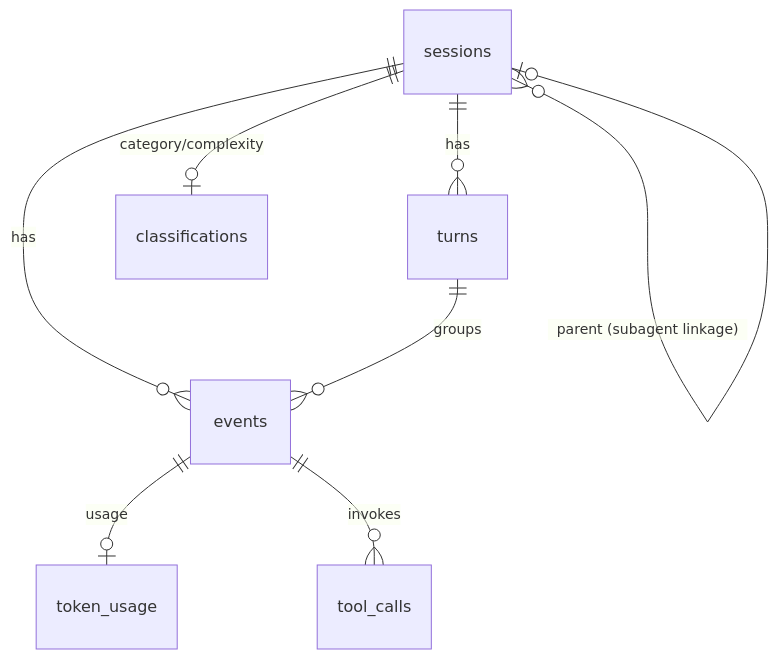
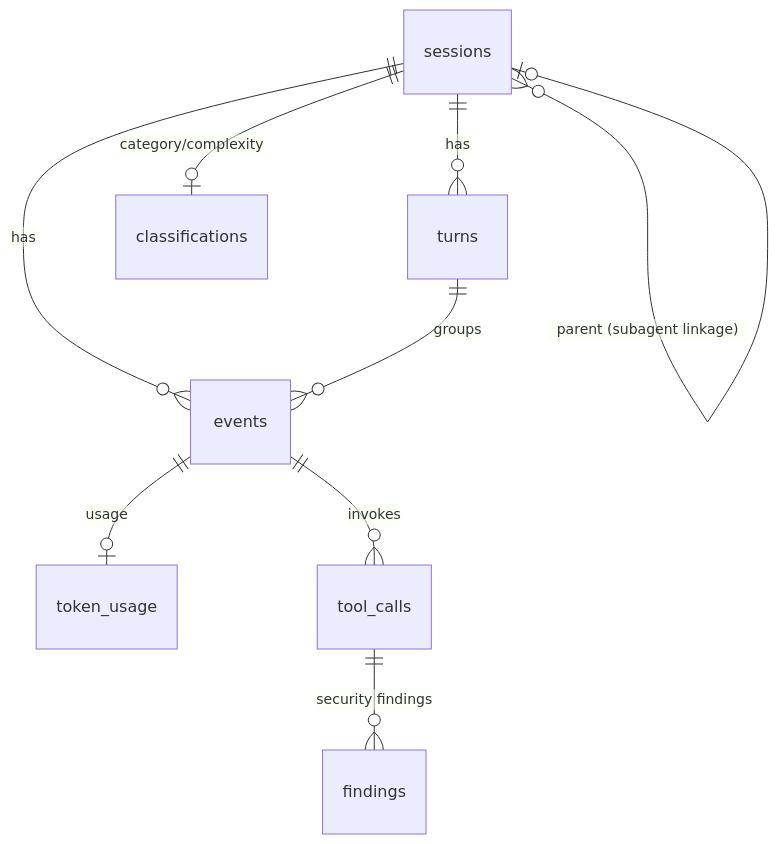
One commit to SWEStash/agent-lens changed the fourth of 4 diagrams in docs/ARCHITECTURE.md. Above: the diagram before and after it, drawn with Mermaid. The commit also changed other lines of this file and 42 other files, not shown here.

````diff
--- a/docs/ARCHITECTURE.md
+++ b/docs/ARCHITECTURE.md
@@ -109,10 +110,11 @@
 ```mermaid
 erDiagram
   sessions ||--o{ turns : has
   sessions ||--o{ events : has
   turns ||--o{ events : groups
   events ||--o| token_usage : "usage"
   events ||--o{ tool_calls : "invokes"
   sessions ||--o| classifications : "category/complexity"
+  tool_calls ||--o{ findings : "security findings"
   sessions }o--o| sessions : "parent (subagent linkage)"
 ```
````
